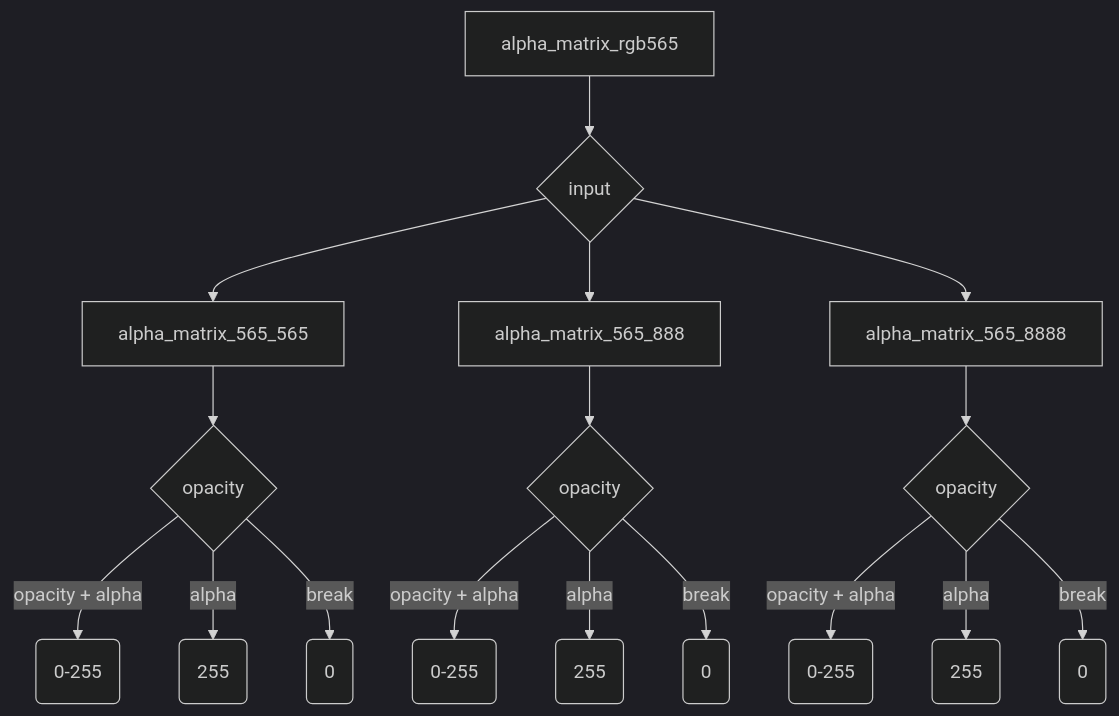
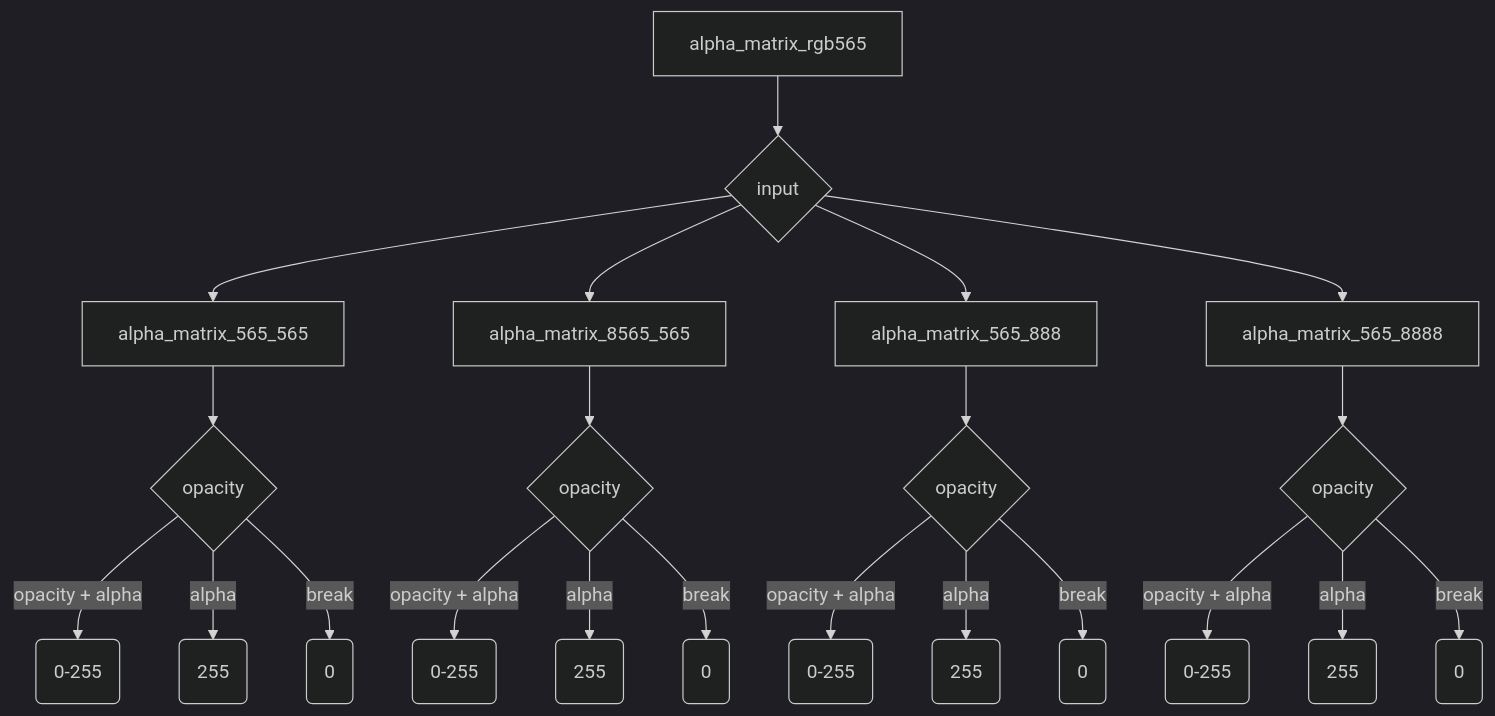
Before and after one commit to realmcu/HoneyGUI: the tenth of 19 diagrams in doc/source/Design/index.md, drawn with Mermaid (dark theme). The commit also changed other lines of this file, not shown here.

Commit message:
GUI: sw doc add alpha blend argb8565 mode

````diff
--- a/doc/source/Design/index.md
+++ b/doc/source/Design/index.md
@@ -443,19 +448,24 @@
 ```{mermaid}
 graph TD
 alpha_matrix_rgb565 --> alpha_matrix_565{input}
 alpha_matrix_565 --> | |alpha_matrix_565_565
 alpha_matrix_565_565 --> alpha_matrix_opacity_case565{opacity}
 alpha_matrix_opacity_case565 --> |opacity + alpha| alpha_matrix_opacity_value0_255(0-255)
 alpha_matrix_opacity_case565 --> |alpha|alpha_matrix_opacity_value255(255)
 alpha_matrix_opacity_case565 --> |break|alpha_matrix_opacity_value0(0)
+alpha_matrix_565 --> | |alpha_matrix_8565_565
+alpha_matrix_8565_565 --> alpha_matrix_opacity_case8565{opacity}
+alpha_matrix_opacity_case8565 --> |opacity + alpha| alpha_matrix_opacity_argb8565value0_255(0-255)
+alpha_matrix_opacity_case8565 --> |alpha|alpha_matrix_opacity_argb8565value255(255)
+alpha_matrix_opacity_case8565 --> |break|alpha_matrix_argb8565opacity_value0(0)
 alpha_matrix_565 --> | |alpha_matrix_565_888
 alpha_matrix_565_888--> alpha_matrix_opacity_case888{opacity}
 alpha_matrix_opacity_case888 --> |opacity + alpha|alpha_matrix_opacity_value888_0_255(0-255)
 alpha_matrix_opacity_case888 --> |alpha|alpha_matrix_opacity_value888_255(255)
 alpha_matrix_opacity_case888 --> |break|alpha_matrix_opacity_value888_0(0)
 alpha_matrix_565 --> | |alpha_matrix_565_8888
 alpha_matrix_565_8888 --> alpha_matrix_opacity_case8888{opacity}
 alpha_matrix_opacity_case8888 --> |opacity + alpha|alpha_matrix_opacity_value8888_0_255(0-255)
 alpha_matrix_opacity_case8888 --> |alpha|alpha_matrix_opacity_value8888_255(255)
 alpha_matrix_opacity_case8888 --> |break|alpha_matrix_opacity_value8888_0(0)
 ```
````
